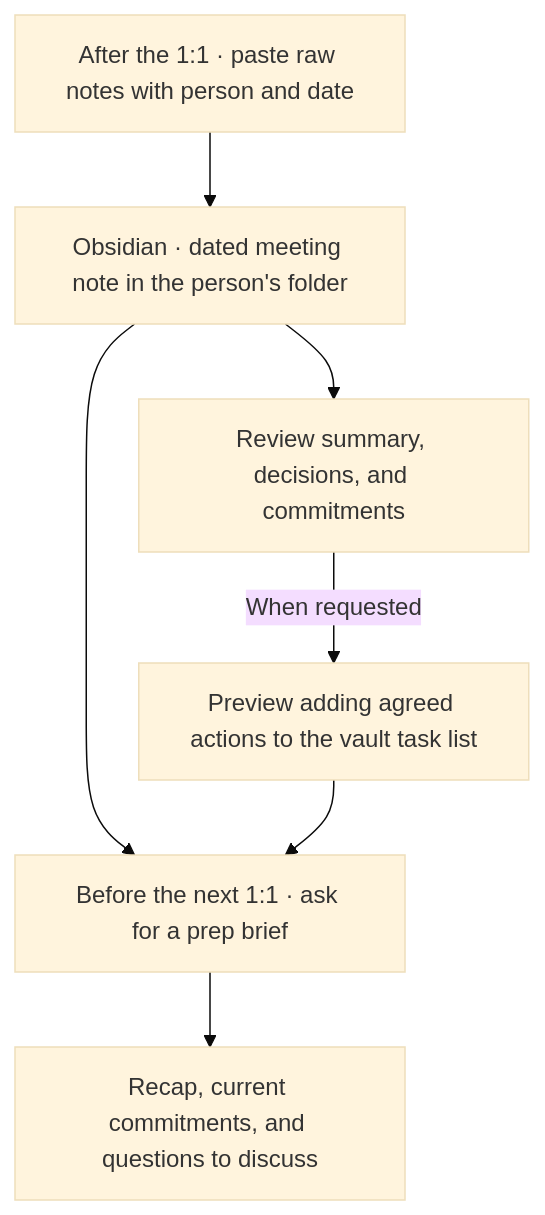
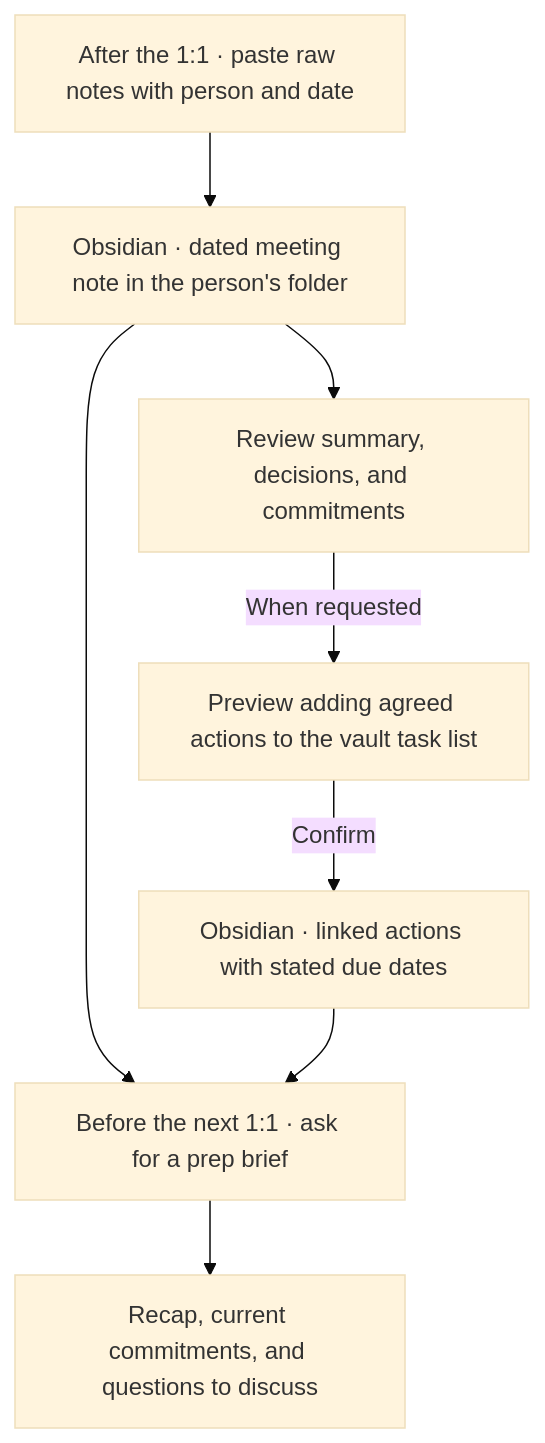
The seventh of 8 diagrams in docs/WORKFLOW-DIAGRAMS.md (Thompson632/executive-assistant), drawn with Mermaid (base theme) before and after one commit. The commit also changed other lines of this file and 3 other files, not shown here.

````diff
--- a/docs/WORKFLOW-DIAGRAMS.md
+++ b/docs/WORKFLOW-DIAGRAMS.md
@@ -180,9 +181,10 @@
 ```mermaid
 flowchart TD
     raw["After the 1:1 · paste raw notes with person and date"] --> note["Obsidian · dated meeting note in the person's folder"]
     note --> review["Review summary, decisions, and commitments"]
     review -->|When requested| actions["Preview adding agreed actions to the vault task list"]
+    actions -->|Confirm| saved["Obsidian · linked actions with stated due dates"]
     note --> prep["Before the next 1:1 · ask for a prep brief"]
-    actions --> prep
+    saved --> prep
     prep --> agenda["Recap, current commitments, and questions to discuss"]
 ```
````
